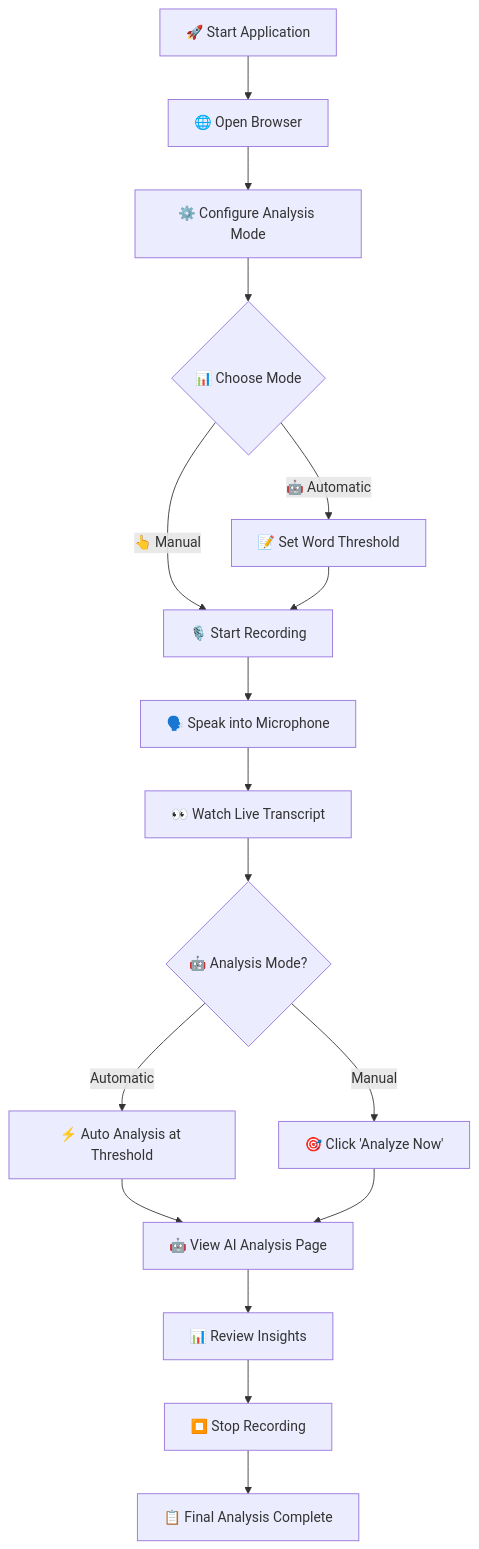
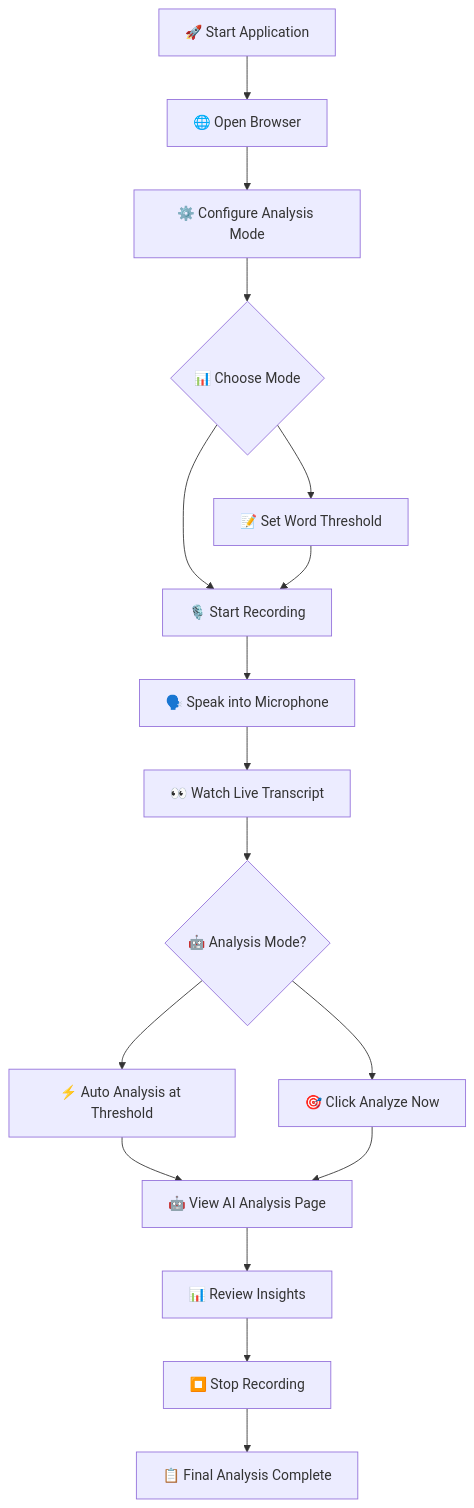
The second of 2 diagrams in README.md (visionrd-ai/ai-meeting-analyzer), drawn with Mermaid before and after one commit. The commit also changed other lines of this file, not shown here.

````diff
--- a/README.md
+++ b/README.md
@@ -296,19 +259,19 @@
 ```mermaid
 flowchart TD
     A[🚀 Start Application] --> B[🌐 Open Browser]
     B --> C[⚙️ Configure Analysis Mode]
     C --> D{📊 Choose Mode}
-    D -->|🤖 Automatic| E[📝 Set Word Threshold]
-    D -->|👆 Manual| F[🎙️ Start Recording]
+    D --> E[📝 Set Word Threshold]
+    D --> F[🎙️ Start Recording]
     E --> F
     F --> G[🗣️ Speak into Microphone]
     G --> H[👀 Watch Live Transcript]
     H --> I{🤖 Analysis Mode?}
-    I -->|Automatic| J[⚡ Auto Analysis at Threshold]
-    I -->|Manual| K[🎯 Click 'Analyze Now']
+    I --> J[⚡ Auto Analysis at Threshold]
+    I --> K[🎯 Click Analyze Now]
     J --> L[🤖 View AI Analysis Page]
     K --> L
     L --> M[📊 Review Insights]
     M --> N[⏹️ Stop Recording]
     N --> O[📋 Final Analysis Complete]
 ```
````
